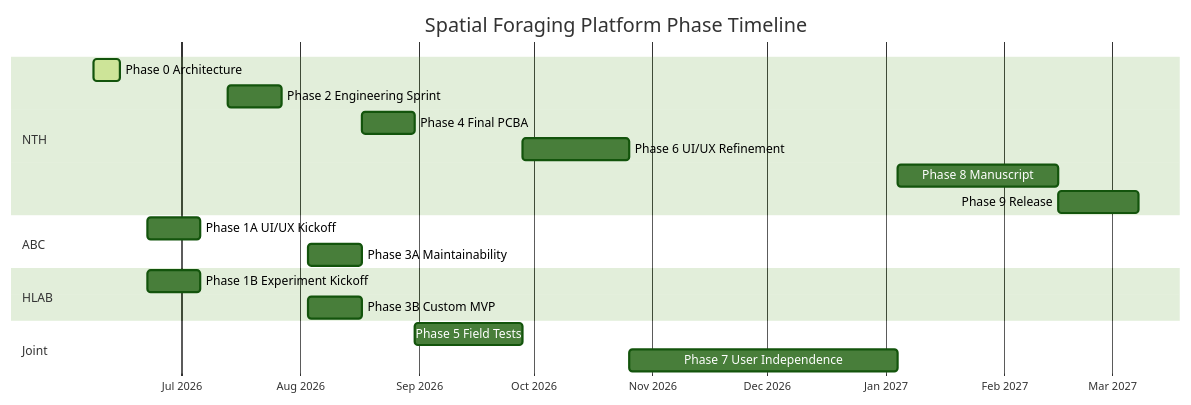
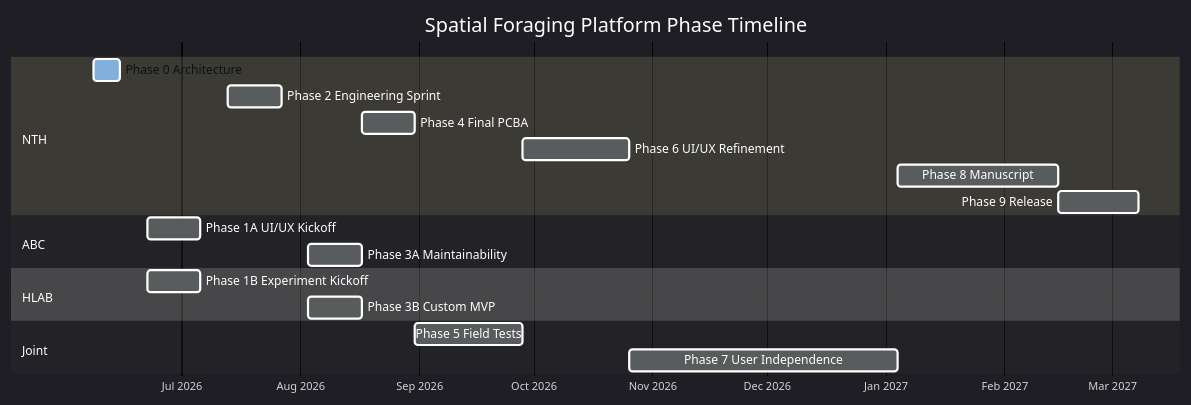
The diagram in PROJECT.md (Neurotech-Hub/SpatialForagingPlatform-ProjectManager), drawn with Mermaid before and after one commit.

````diff
--- a/PROJECT.md
+++ b/PROJECT.md
@@ -41,27 +41,27 @@
 ```mermaid
-%%{init: {'theme': 'forest'} }%%
+%%{init: {'theme': 'dark', 'themeVariables': {'textColor': '#ffffff', 'titleColor': '#ffffff', 'taskTextColor': '#ffffff', 'taskTextLightColor': '#ffffff', 'taskTextDarkColor': '#0d1117', 'taskTextOutsideColor': '#ffffff'}} }%%
 gantt
   title Spatial Foraging Platform Phase Timeline
   dateFormat YYYY-MM-DD
   axisFormat %b %Y
 
   section NTH
   Phase 0 Architecture        :active, p0, 2026-06-08, 7d
   Phase 2 Engineering Sprint  :p2, 2026-07-13, 14d
   Phase 4 Final PCBA          :p4, 2026-08-17, 14d
   Phase 6 UI/UX Refinement    :p6, 2026-09-28, 28d
   Phase 8 Manuscript          :p8, 2027-01-04, 42d
   Phase 9 Release             :p9, 2027-02-15, 21d
 
   section ABC
   Phase 1A UI/UX Kickoff      :p1a, 2026-06-22, 14d
   Phase 3A Maintainability    :p3a, 2026-08-03, 14d
 
   section HLAB
   Phase 1B Experiment Kickoff :p1b, 2026-06-22, 14d
   Phase 3B Custom MVP         :p3b, 2026-08-03, 14d
 
   section Joint
   Phase 5 Field Tests         :p5, 2026-08-31, 28d
   Phase 7 User Independence   :p7, 2026-10-26, 70d
 ```
````
